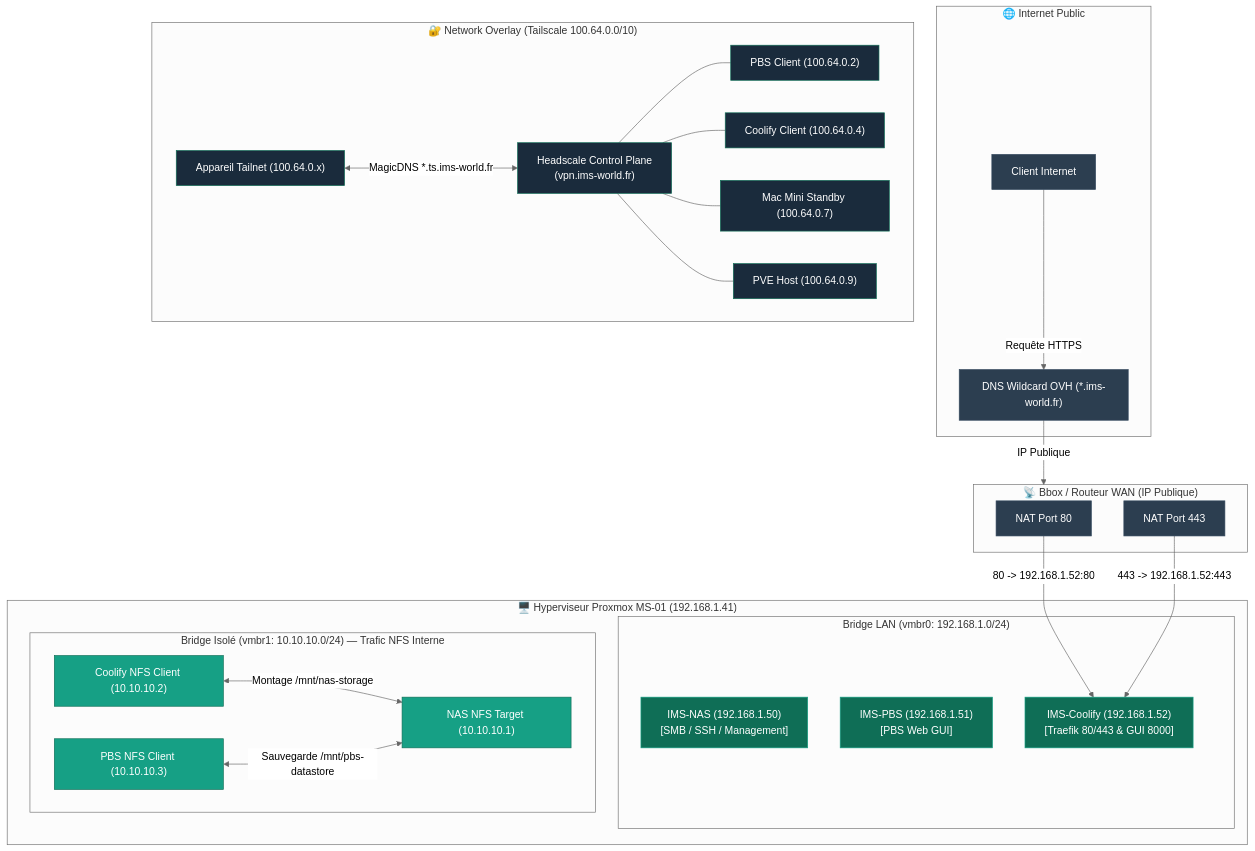
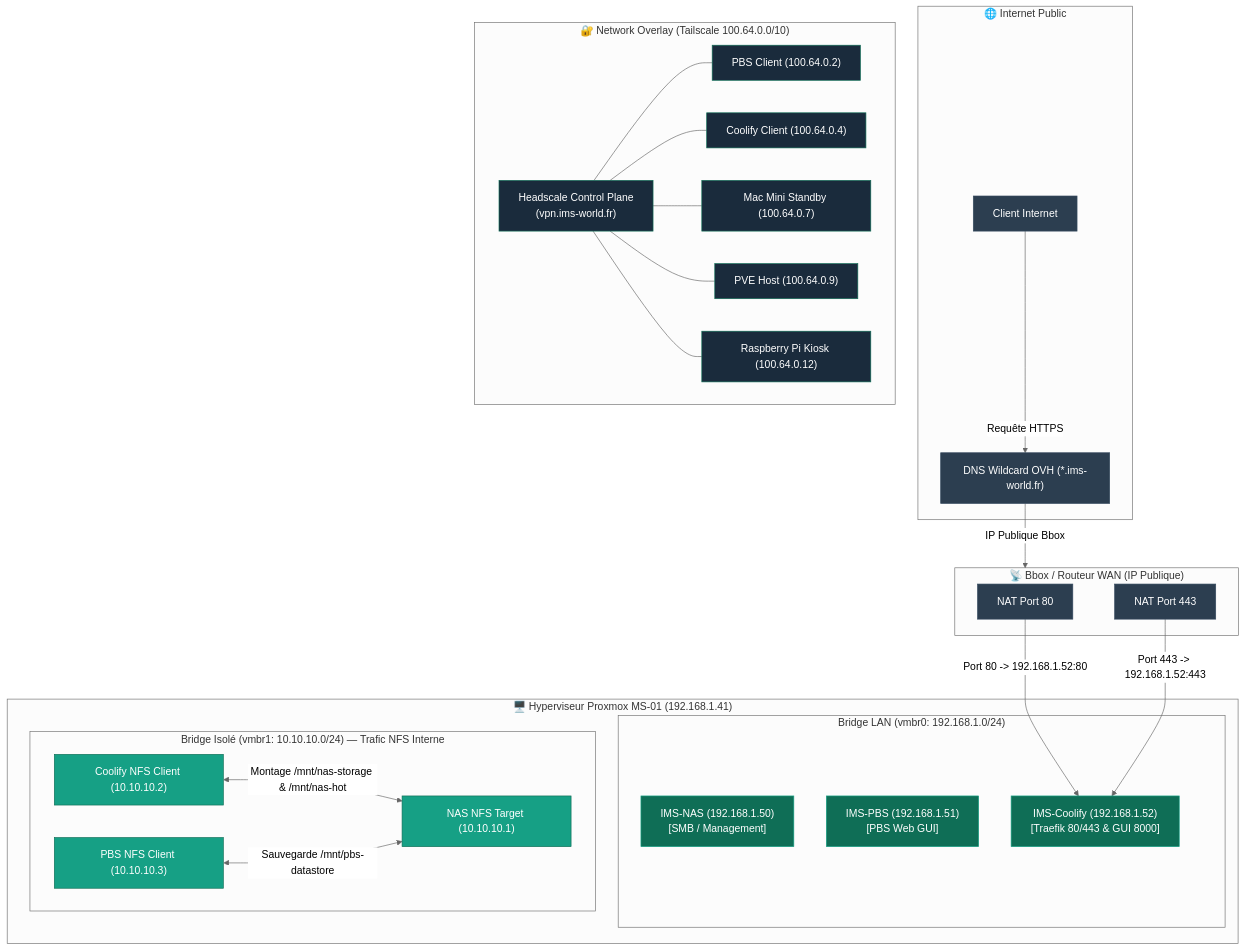
Before and after one commit to ims-world/docs: the diagram in reseau/architecture-reseau.md, drawn with Mermaid (neutral theme). The commit also changed other lines of this file, not shown here.

Commit message:
fix(docs): refonte de architecture-reseau.md (tableau d adressage complet LAN/NFS/Tailnet, explications Wildcard DNS OVH et retrait des pavés obsolètes)

````diff
--- a/reseau/architecture-reseau.md
+++ b/reseau/architecture-reseau.md
@@ -10,61 +12,61 @@
 ```mermaid
 graph TB
     subgraph WAN ["🌐 Internet Public"]
         CLIENT_EXT["Client Internet"]
         OVH_DNS["DNS Wildcard OVH (*.ims-world.fr)"]
     end
 
     subgraph BBOX ["📡 Bbox / Routeur WAN (IP Publique)"]
         NAT80["NAT Port 80"]
         NAT443["NAT Port 443"]
     end
 
     subgraph PROXMOX_NET ["🖥️ Hyperviseur Proxmox MS-01 (192.168.1.41)"]
         subgraph VMBR0 ["Bridge LAN (vmbr0: 192.168.1.0/24)"]
-            NAS_LAN["IMS-NAS (192.168.1.50)\n[SMB / SSH / Management]"]
+            NAS_LAN["IMS-NAS (192.168.1.50)\n[SMB / Management]"]
             PBS_LAN["IMS-PBS (192.168.1.51)\n[PBS Web GUI]"]
             COOL_LAN["IMS-Coolify (192.168.1.52)\n[Traefik 80/443 & GUI 8000]"]
         end
 
         subgraph VMBR1 ["Bridge Isolé (vmbr1: 10.10.10.0/24) — Trafic NFS Interne"]
             NAS_ISO["NAS NFS Target (10.10.10.1)"]
             PBS_ISO["PBS NFS Client (10.10.10.3)"]
             COOL_ISO["Coolify NFS Client (10.10.10.2)"]
         end
     end
 
     subgraph TAILNET_HEADSCALE ["🔐 Network Overlay (Tailscale 100.64.0.0/10)"]
         HEADSCALE_SRV["Headscale Control Plane\n(vpn.ims-world.fr)"]
-        CLIENT_VPN["Appareil Tailnet (100.64.0.x)"]
         PBS_TS["PBS Client (100.64.0.2)"]
         COOL_TS["Coolify Client (100.64.0.4)"]
         MAC_TS["Mac Mini Standby (100.64.0.7)"]
         PVE_TS["PVE Host (100.64.0.9)"]
+        RPI_TS["Raspberry Pi Kiosk (100.64.0.12)"]
     end
 
     %% Flux WAN -> Bbox -> Traefik
     CLIENT_EXT -->|Requête HTTPS| OVH_DNS
-    OVH_DNS -->|IP Publique| BBOX
-    NAT80 -->|80 -> 192.168.1.52:80| COOL_LAN
-    NAT443 -->|443 -> 192.168.1.52:443| COOL_LAN
+    OVH_DNS -->|IP Publique Bbox| BBOX
+    NAT80 -->|Port 80 -> 192.168.1.52:80| COOL_LAN
+    NAT443 -->|Port 443 -> 192.168.1.52:443| COOL_LAN
 
     %% Flux NFS
-    COOL_ISO <-->|Montage /mnt/nas-storage| NAS_ISO
+    COOL_ISO <-->|Montage /mnt/nas-storage & /mnt/nas-hot| NAS_ISO
     PBS_ISO <-->|Sauvegarde /mnt/pbs-datastore| NAS_ISO
 
     %% Flux Tailscale VPN
-    CLIENT_VPN <-->|MagicDNS *.ts.ims-world.fr| HEADSCALE_SRV
     HEADSCALE_SRV --- PBS_TS
     HEADSCALE_SRV --- COOL_TS
     HEADSCALE_SRV --- MAC_TS
     HEADSCALE_SRV --- PVE_TS
+    HEADSCALE_SRV --- RPI_TS
 
     classDef wan fill:#2c3e50,stroke:#34495e,color:#fff;
     classDef lan fill:#0F6E56,stroke:#16A085,color:#fff;
     classDef iso fill:#16A085,stroke:#0F6E56,color:#fff;
     classDef vpn fill:#1a2b3c,stroke:#0F6E56,color:#fff;
     class CLIENT_EXT,OVH_DNS,NAT80,NAT443 wan;
     class NAS_LAN,PBS_LAN,COOL_LAN lan;
     class NAS_ISO,PBS_ISO,COOL_ISO iso;
-    class HEADSCALE_SRV,CLIENT_VPN,PBS_TS,COOL_TS,MAC_TS,PVE_TS vpn;
+    class HEADSCALE_SRV,PBS_TS,COOL_TS,MAC_TS,PVE_TS,RPI_TS vpn;
 ```
````
